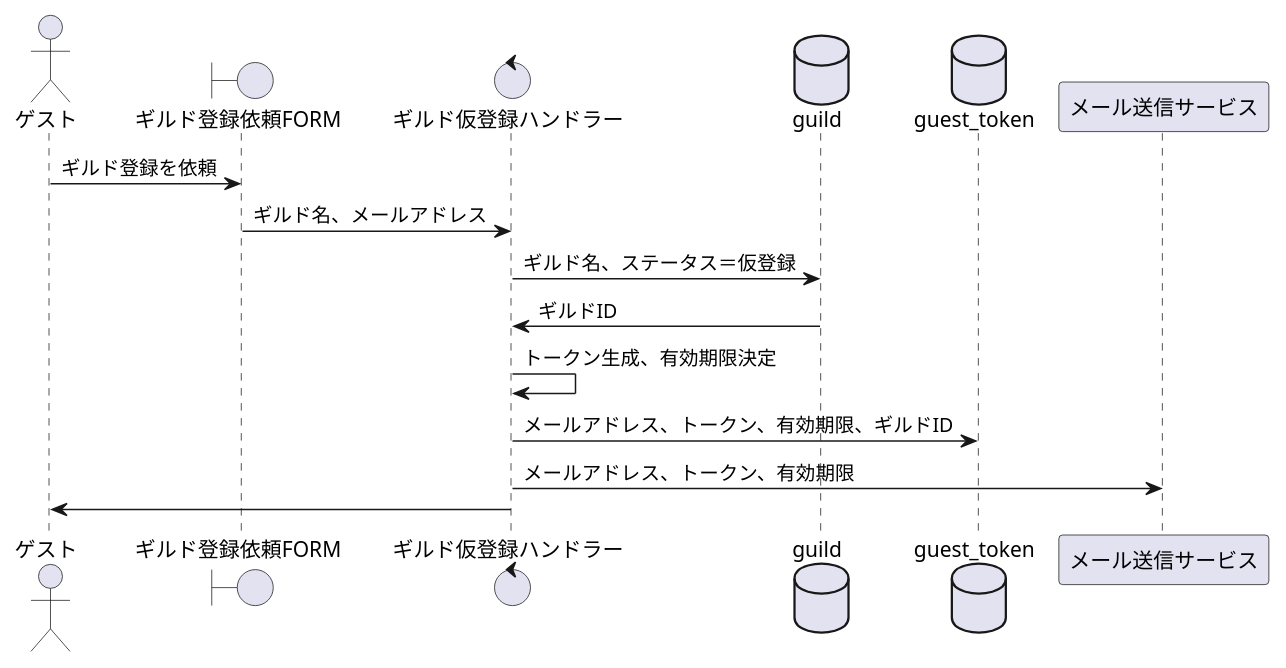
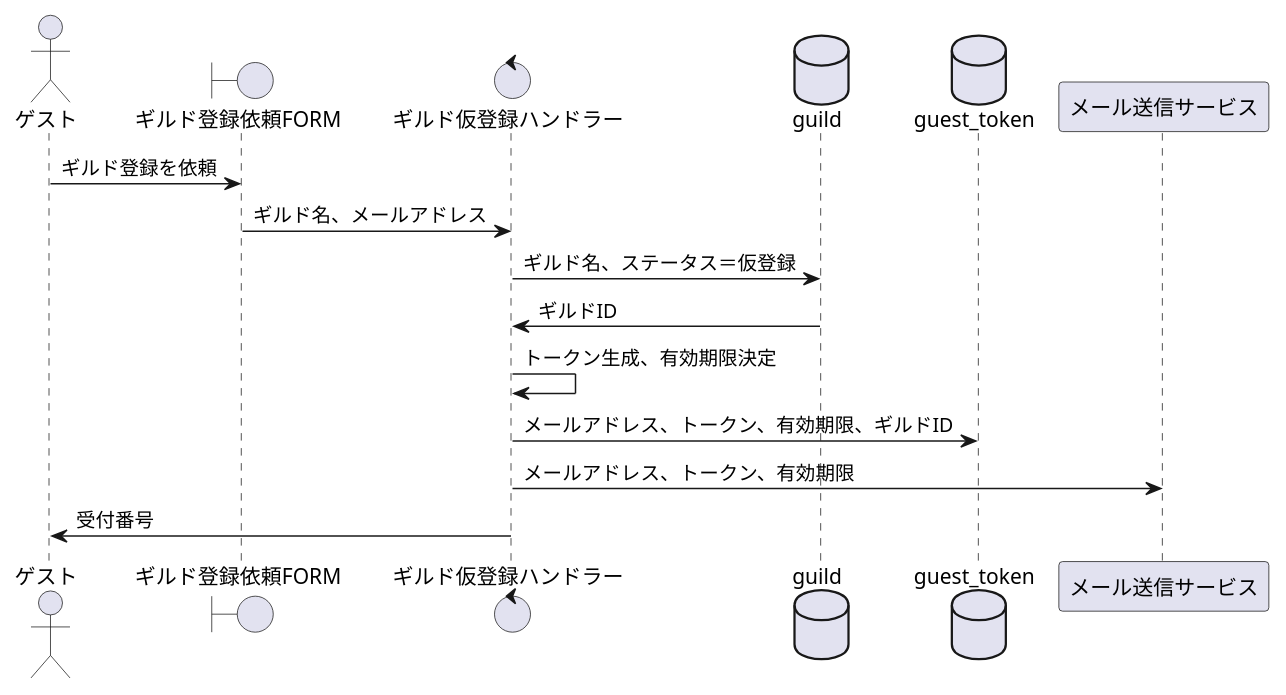
Before and after one commit to sky0621/familiagildo: the diagram in design/sequence/ギルド登録を依頼する.puml, drawn with PlantUML. The commit also changed 7 other files, not shown here.

```diff
--- a/design/sequence/ギルド登録を依頼する.puml
+++ b/design/sequence/ギルド登録を依頼する.puml
@@ -1,19 +1,19 @@
 @startuml
 
 actor ゲスト as guest
 boundary ギルド登録依頼FORM as form
 control ギルド仮登録ハンドラー as handler
 database guild
 database guest_token
 participant メール送信サービス as mail
 
 guest -> form:ギルド登録を依頼
 form -> handler:ギルド名、メールアドレス
 handler -> guild:ギルド名、ステータス＝仮登録
 guild -> handler:ギルドID
 handler -> handler:トークン生成、有効期限決定
 handler -> guest_token:メールアドレス、トークン、有効期限、ギルドID
 handler -> mail:メールアドレス、トークン、有効期限
-handler -> guest
+handler -> guest:受付番号
 
 @enduml
```
